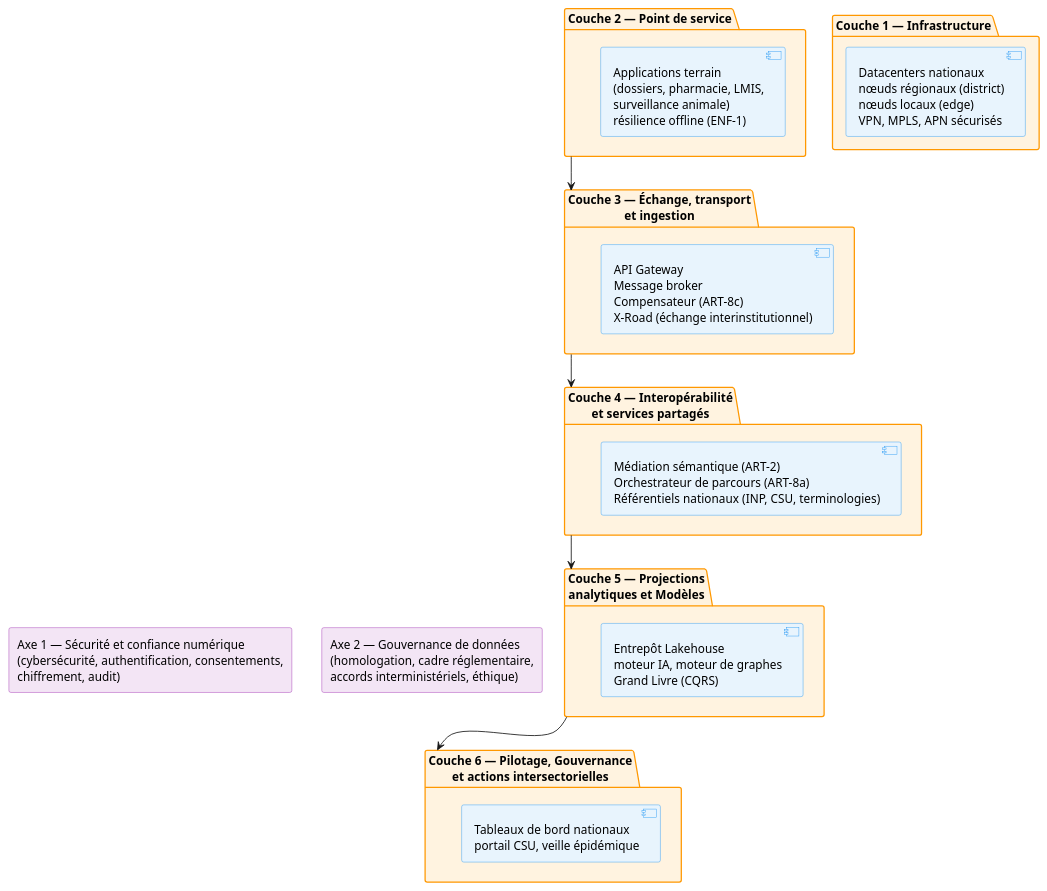
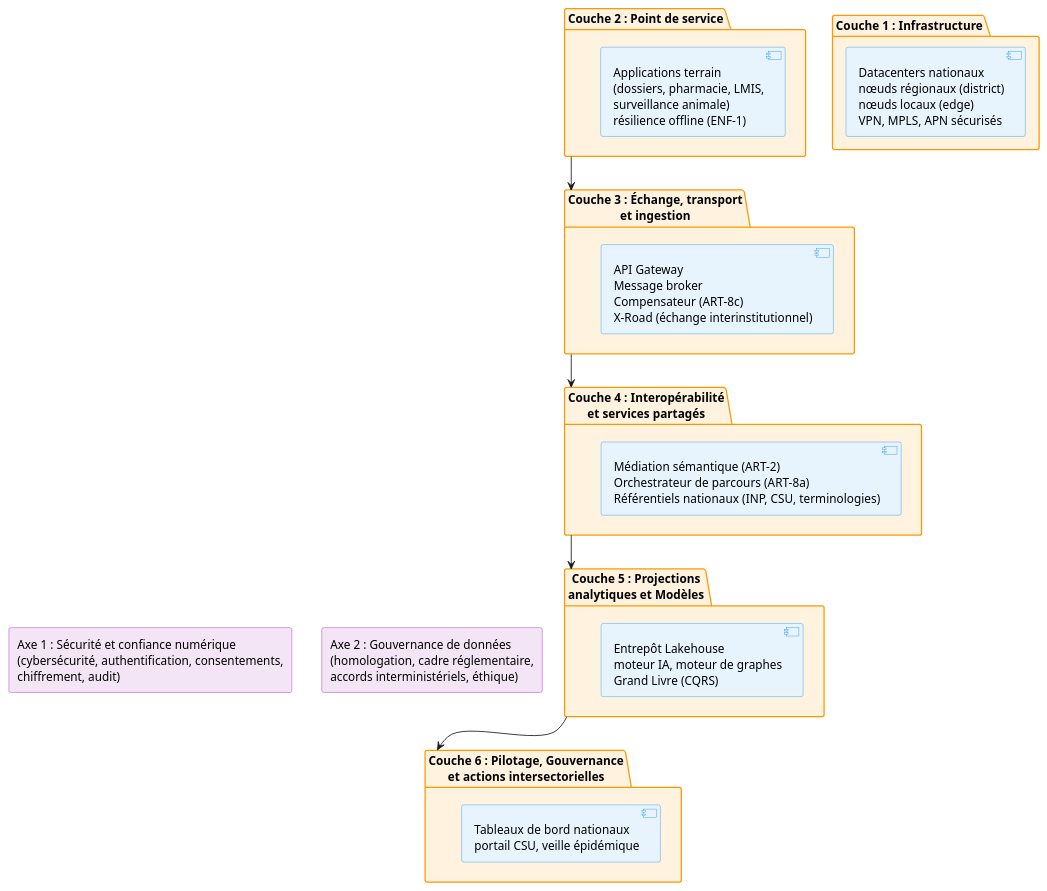
Before and after one commit to Data-Fi-Madagascar/health-enterprise-architecture: the diagram in 03_ptisn/02_topologie-nationale-cible/index.md, drawn with PlantUML. The commit also changed other lines of this file and 183 other files, not shown here.

````diff
--- a/03_ptisn/02_topologie-nationale-cible/index.md
+++ b/03_ptisn/02_topologie-nationale-cible/index.md
@@ -18,56 +18,56 @@
 ```plantuml
 @startuml
 skinparam component {
   BackgroundColor #E8F4FD
   BorderColor #2196F3
 }
 skinparam package {
   BackgroundColor #FFF3E0
   BorderColor #FF9800
 }
 skinparam rectangle {
   BackgroundColor #F3E5F5
   BorderColor #9C27B0
 }
 
 ' === Axes transversaux ===
-rectangle "Axe 1 — Sécurité et confiance numérique\n(cybersécurité, authentification, consentements,\nchiffrement, audit)" as AXE1
-rectangle "Axe 2 — Gouvernance de données\n(homologation, cadre réglementaire,\naccords interministériels, éthique)" as AXE2
+rectangle "Axe 1 : Sécurité et confiance numérique\n(cybersécurité, authentification, consentements,\nchiffrement, audit)" as AXE1
+rectangle "Axe 2 : Gouvernance de données\n(homologation, cadre réglementaire,\naccords interministériels, éthique)" as AXE2
 
 ' === Couches ===
-package "Couche 6 — Pilotage, Gouvernance\net actions intersectorielles" as C6 {
+package "Couche 6 : Pilotage, Gouvernance\net actions intersectorielles" as C6 {
   component "Tableaux de bord nationaux\nportail CSU, veille épidémique" as C6_DESC
 }
 
-package "Couche 5 — Projections\nanalytiques et Modèles" as C5 {
+package "Couche 5 : Projections\nanalytiques et Modèles" as C5 {
   component "Entrepôt Lakehouse\nmoteur IA, moteur de graphes\nGrand Livre (CQRS)" as C5_DESC
 }
 
-package "Couche 4 — Interopérabilité\net services partagés" as C4 {
+package "Couche 4 : Interopérabilité\net services partagés" as C4 {
   component "Médiation sémantique (ART-2)\nOrchestrateur de parcours (ART-8a)\nRéférentiels nationaux (INP, CSU, terminologies)" as C4_DESC
 }
 
-package "Couche 3 — Échange, transport\net ingestion" as C3 {
+package "Couche 3 : Échange, transport\net ingestion" as C3 {
   component "API Gateway\nMessage broker\nCompensateur (ART-8c)\nX-Road (échange interinstitutionnel)" as C3_DESC
 }
 
-package "Couche 2 — Point de service" as C2 {
+package "Couche 2 : Point de service" as C2 {
   component "Applications terrain\n(dossiers, pharmacie, LMIS,\nsurveillance animale)\nrésilience offline (ENF-1)" as C2_DESC
 }
 
-package "Couche 1 — Infrastructure" as C1 {
+package "Couche 1 : Infrastructure" as C1 {
   component "Datacenters nationaux\nnœuds régionaux (district)\nnœuds locaux (edge)\nVPN, MPLS, APN sécurisés" as C1_DESC
 }
 
 ' === Relations ===
 C2 --> C3
 C3 --> C4
 C4 --> C5
 C5 --> C6
 
 ' === Axes traversent les couches ===
 AXE1 -[hidden]down-> C6
 AXE2 -[hidden]down-> C6
 
 @enduml
 ```
````
